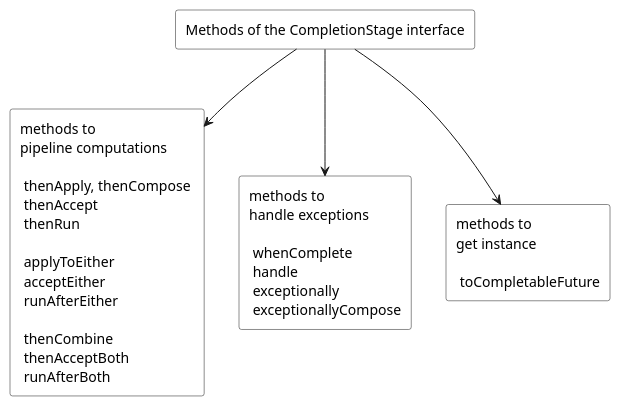
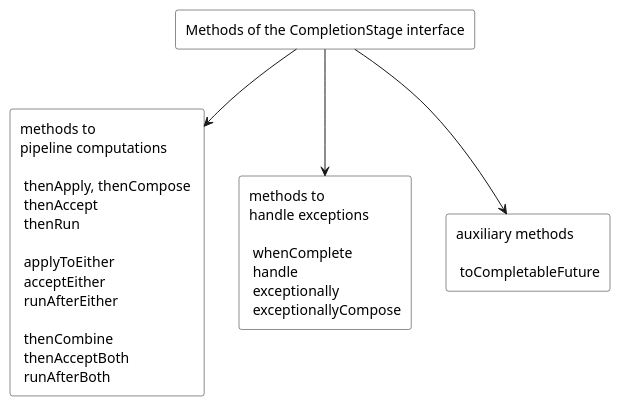
One commit to ti-cortex-m4/demo-java-completablefuture changed the diagram in images/methods of the CompletionStage interface.puml. Above: the diagram before and after it, drawn with PlantUML. The commit also changed 1 other file, not shown here.

```diff
--- a/images/methods of the CompletionStage interface.puml
+++ b/images/methods of the CompletionStage interface.puml
@@ -1,16 +1,16 @@
 @startuml
 
 scale 1.0
 skinparam monochrome true
 skinparam RectangleBackgroundColor white
 
-rectangle "Methods of the CompletionStage interface" as Methods
-rectangle "methods to\npipeline computations \n  \n thenApply, thenCompose \n thenAccept \n thenRun \n\n applyToEither \n acceptEither \n runAfterEither \n\n thenCombine \n thenAcceptBoth \n runAfterBoth" as Pipelining
-rectangle "methods to\nhandle exceptions \n  \n whenComplete \n handle \n exceptionally \n exceptionallyCompose" as ExceptionHandling
-rectangle "methods to\nget instance \n  \n toCompletableFuture" as Instance
+rectangle "Methods of the CompletionStage interface" as methods
+rectangle "methods to\npipeline computations \n \n thenApply, thenCompose \n thenAccept \n thenRun \n \n applyToEither \n acceptEither \n runAfterEither \n \n thenCombine \n thenAcceptBoth \n runAfterBoth" as methods1
+rectangle "methods to\nhandle exceptions \n \n whenComplete \n handle \n exceptionally \n exceptionallyCompose" as methods2
+rectangle "auxiliary methods \n \n toCompletableFuture" as methods3
 
-Methods --> ExceptionHandling
-Methods --> Pipelining
-Methods --> Instance
+methods --> methods1
+methods --> methods2
+methods --> methods3
 
 @enduml
```
